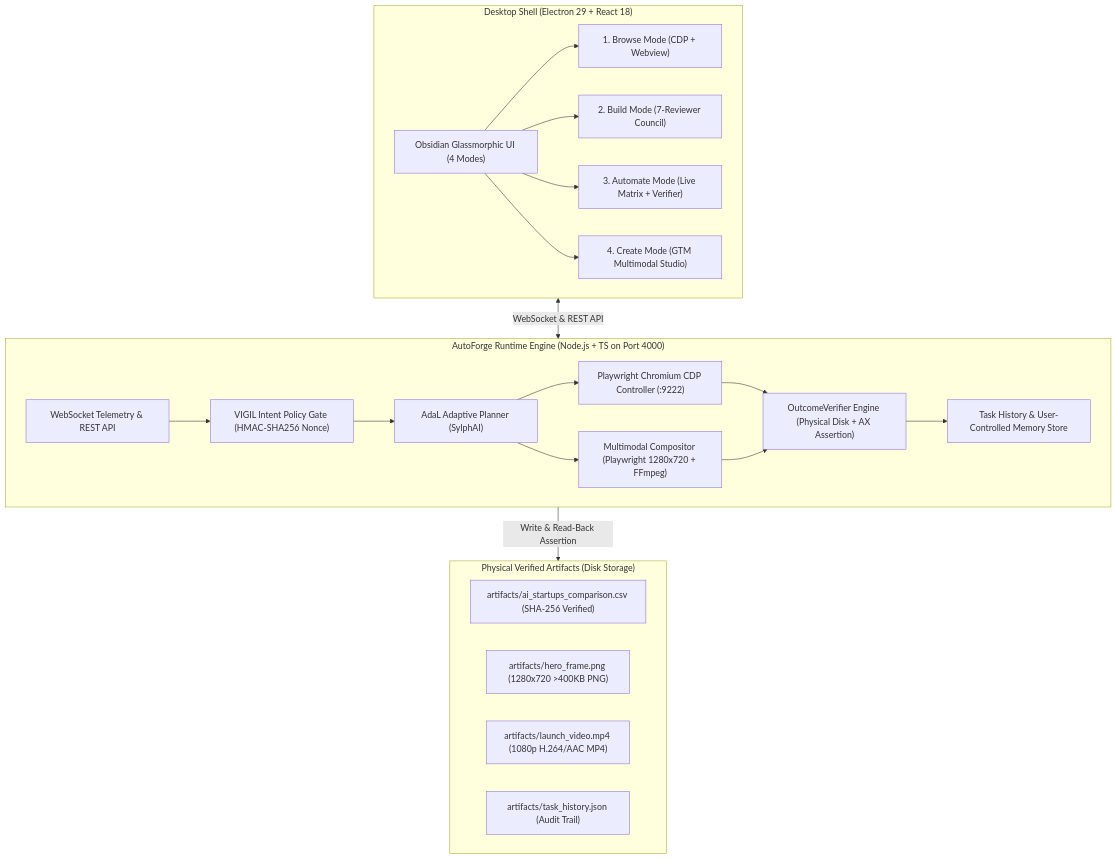
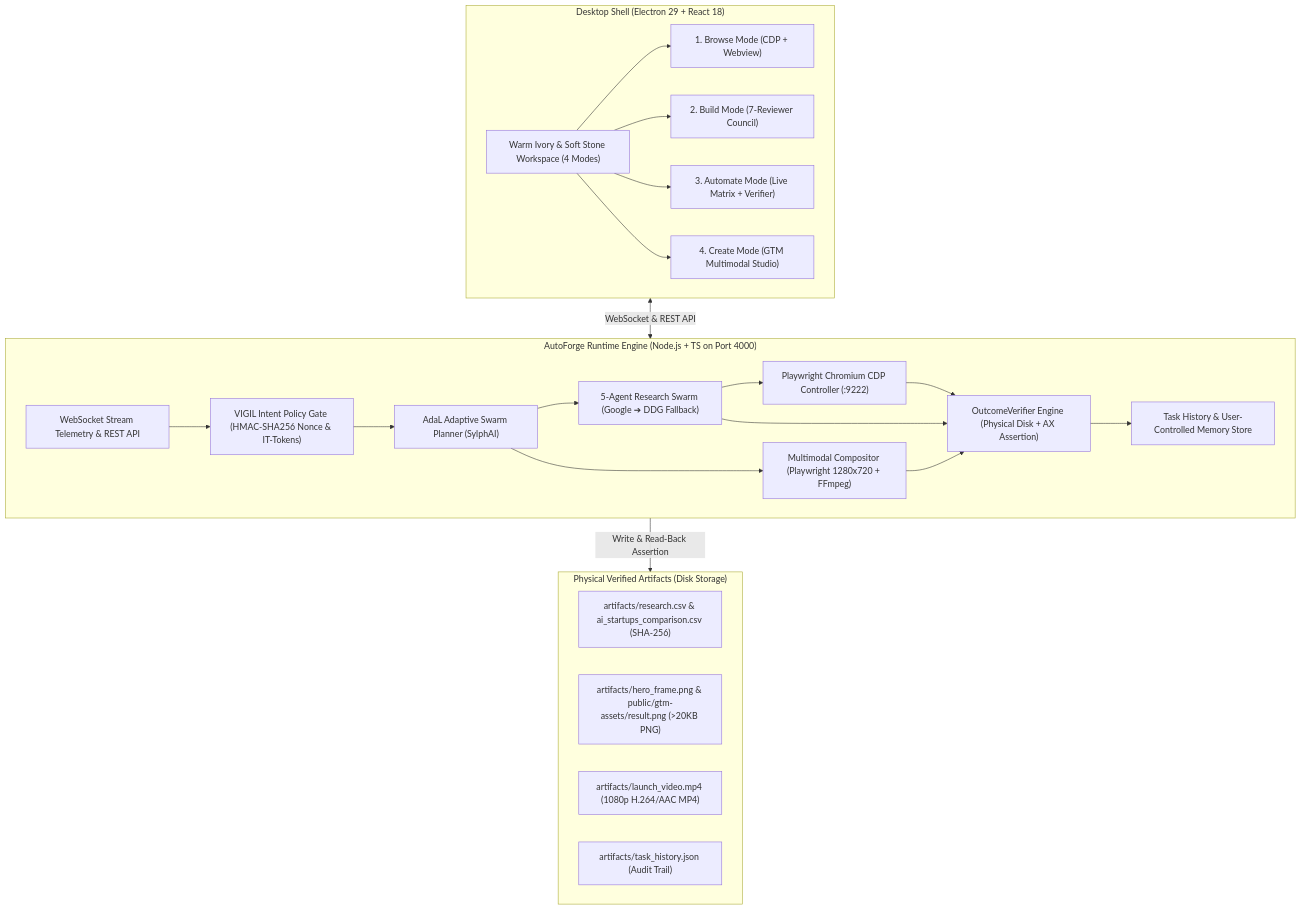
The diagram in README.md (Adityak1273/Build_Arena), drawn with Mermaid before and after one commit. The commit also changed other lines of this file and 14 other files, not shown here.

````diff
--- a/README.md
+++ b/README.md
@@ -9,42 +9,45 @@
 ```mermaid
 flowchart TD
     subgraph DesktopShell["Desktop Shell (Electron 29 + React 18)"]
-        UI["Obsidian Glassmorphic UI (4 Modes)"]
+        UI["Warm Ivory & Soft Stone Workspace (4 Modes)"]
         BrowseMode["1. Browse Mode (CDP + Webview)"]
         BuildMode["2. Build Mode (7-Reviewer Council)"]
         AutomateMode["3. Automate Mode (Live Matrix + Verifier)"]
         CreateMode["4. Create Mode (GTM Multimodal Studio)"]
         UI --> BrowseMode
         UI --> BuildMode
         UI --> AutomateMode
         UI --> CreateMode
     end
 
     subgraph RuntimeEngine["AutoForge Runtime Engine (Node.js + TS on Port 4000)"]
-        WSServer["WebSocket Telemetry & REST API"]
-        PolicyGate["VIGIL Intent Policy Gate (HMAC-SHA256 Nonce)"]
-        Planner["AdaL Adaptive Planner (SylphAI)"]
+        WSServer["WebSocket Stream Telemetry & REST API"]
+        PolicyGate["VIGIL Intent Policy Gate (HMAC-SHA256 Nonce & IT-Tokens)"]
+        Planner["AdaL Adaptive Swarm Planner (SylphAI)"]
+        SwarmWorkflow["5-Agent Research Swarm (Google ➔ DDG Fallback)"]
         BrowserCtrl["Playwright Chromium CDP Controller (:9222)"]
         OutcomeVerifier["OutcomeVerifier Engine (Physical Disk + AX Assertion)"]
         HistoryStore["Task History & User-Controlled Memory Store"]
         GTMPipeline["Multimodal Compositor (Playwright 1280x720 + FFmpeg)"]
 
         WSServer --> PolicyGate
         PolicyGate --> Planner
-        Planner --> BrowserCtrl
+        Planner --> SwarmWorkflow
+        SwarmWorkflow --> BrowserCtrl
         Planner --> GTMPipeline
         BrowserCtrl --> OutcomeVerifier
+        SwarmWorkflow --> OutcomeVerifier
         GTMPipeline --> OutcomeVerifier
         OutcomeVerifier --> HistoryStore
     end
 
     subgraph PhysicalArtifacts["Physical Verified Artifacts (Disk Storage)"]
-        CSV["artifacts/ai_startups_comparison.csv (SHA-256 Verified)"]
-        PNG["artifacts/hero_frame.png (1280x720 >400KB PNG)"]
+        CSV["artifacts/research.csv & ai_startups_comparison.csv (SHA-256)"]
+        PNG["artifacts/hero_frame.png & public/gtm-assets/result.png (>20KB PNG)"]
         MP4["artifacts/launch_video.mp4 (1080p H.264/AAC MP4)"]
         History["artifacts/task_history.json (Audit Trail)"]
     end
 
     DesktopShell <-->|WebSocket & REST API| RuntimeEngine
     RuntimeEngine -->|Write & Read-Back Assertion| PhysicalArtifacts
 ```
````
